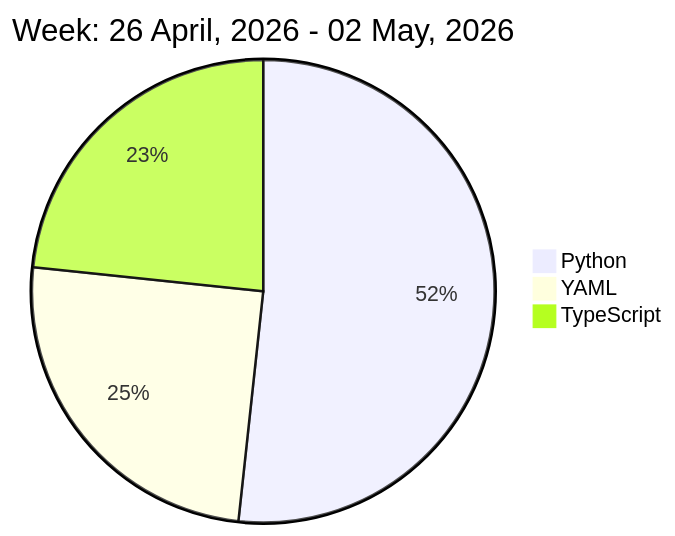
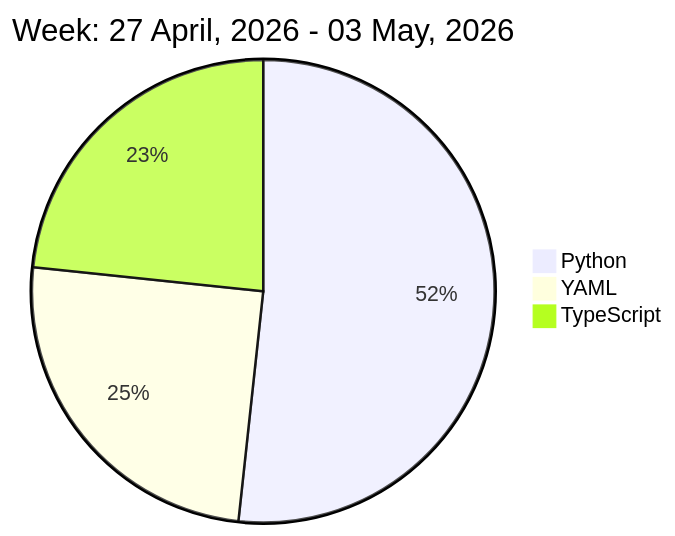
The diagram in README.md (liubin95/liubin95), drawn with Mermaid before and after one commit.

Commit message:
Updated the Graph with new Metrics

````diff
--- a/README.md
+++ b/README.md
@@ -32,7 +32,7 @@
 ```mermaid
  pie
-title Week: 26 April, 2026 - 02 May, 2026
+title Week: 27 April, 2026 - 03 May, 2026
  "Python" : 4.83
  "YAML" : 2.33
  "TypeScript" : 2.18
 ```
````
